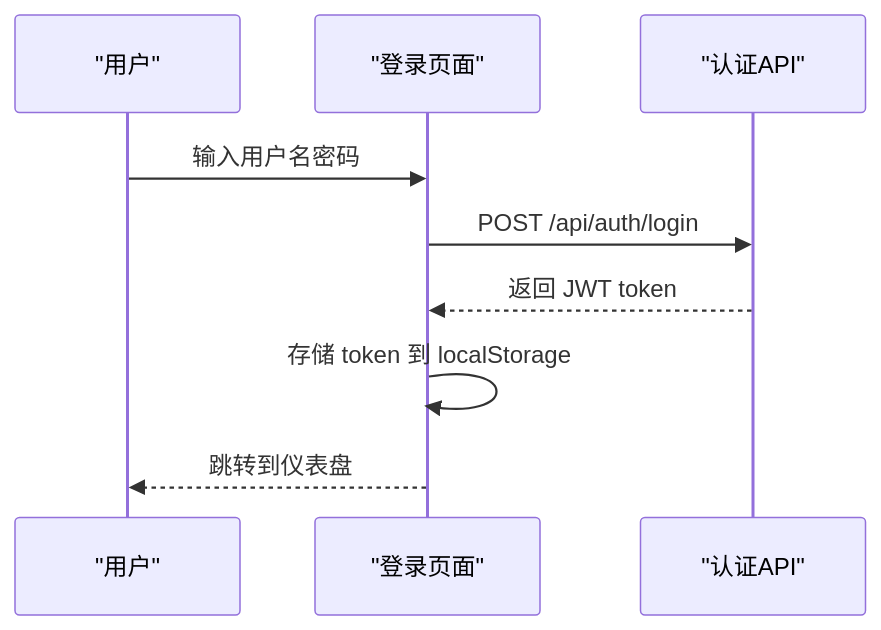
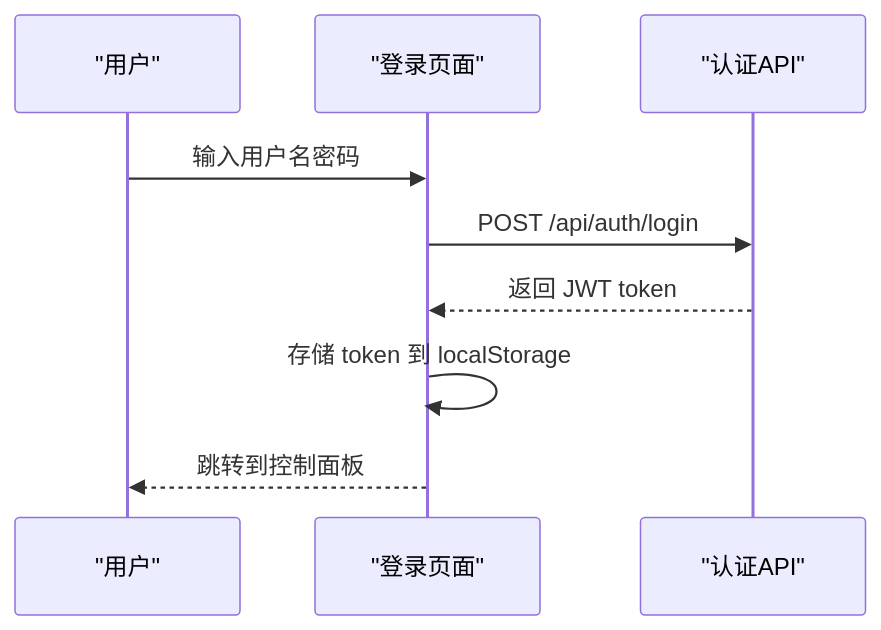
The third of 10 diagrams in .qoder/repowiki/zh/content/管理后台系统/管理后台系统.md (hx631580609-web/zsts-cms), drawn with Mermaid before and after one commit. The commit also changed other lines of this file and 11 other files, not shown here.

````diff
--- a/.qoder/repowiki/zh/content/管理后台系统/管理后台系统.md
+++ b/.qoder/repowiki/zh/content/管理后台系统/管理后台系统.md
@@ -142,11 +168,11 @@
 ```mermaid
 sequenceDiagram
 participant U as "用户"
 participant L as "登录页面"
 participant A as "认证API"
 U->>L : 输入用户名密码
 L->>A : POST /api/auth/login
 A-->>L : 返回 JWT token
 L->>L : 存储 token 到 localStorage
-L-->>U : 跳转到仪表盘
+L-->>U : 跳转到控制面板
 ```
````
